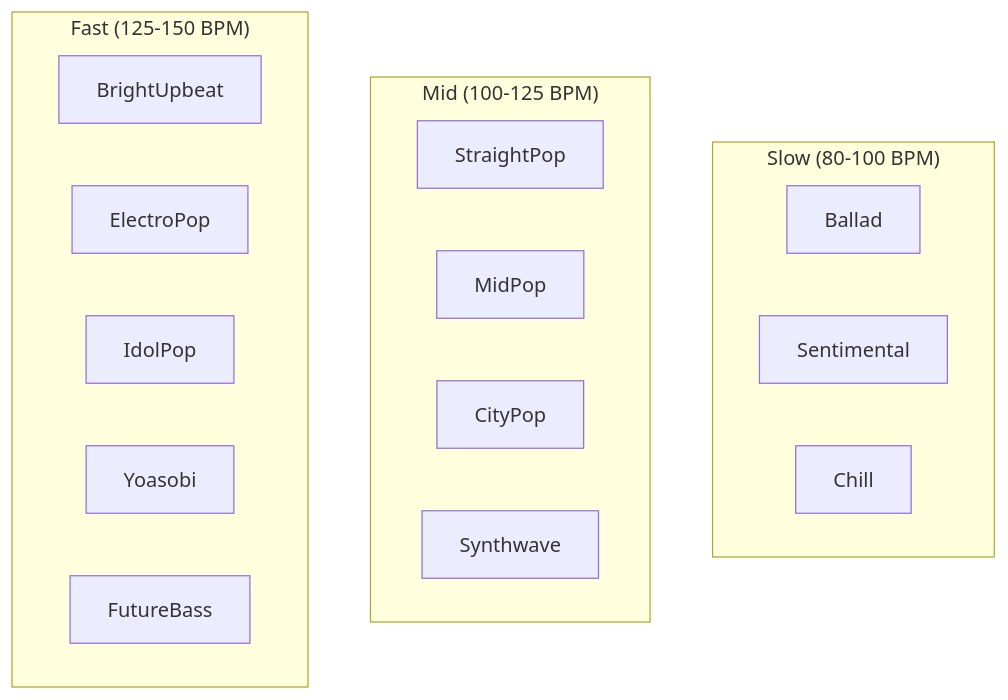
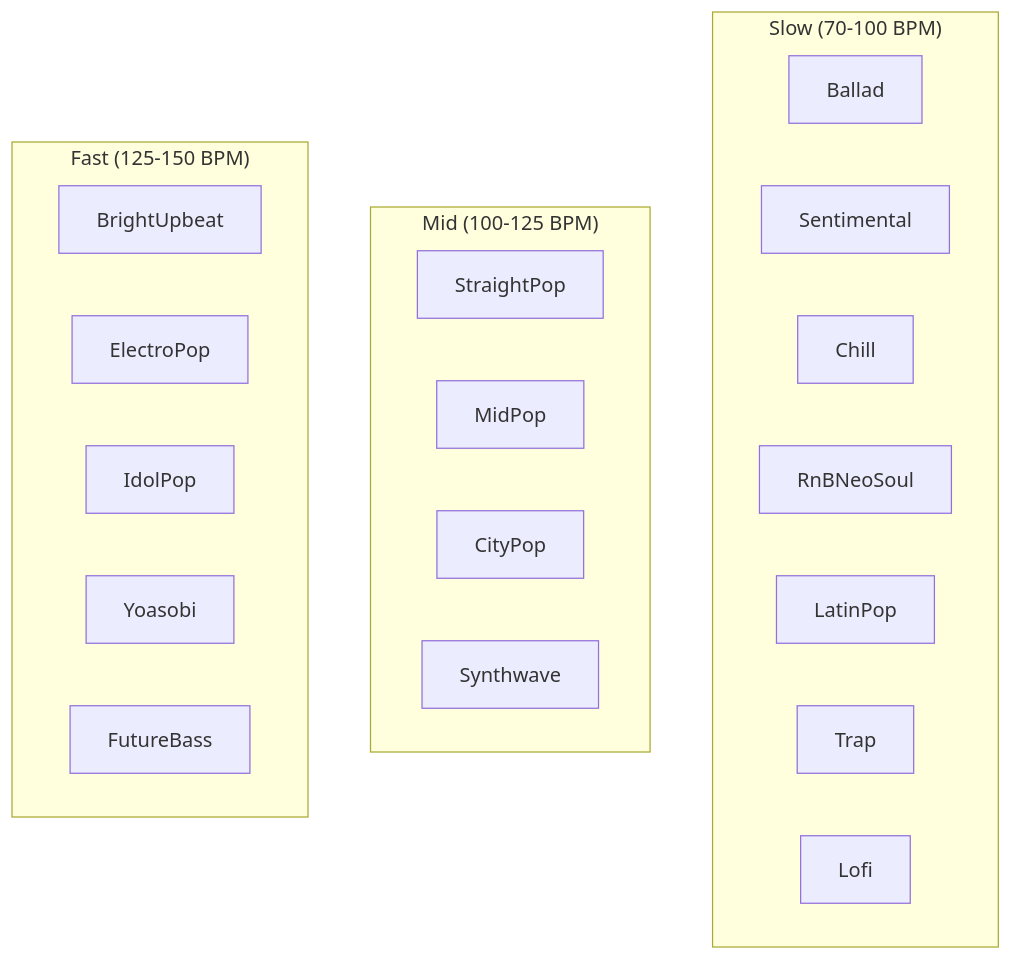
One commit to libraz/midi-sketch-homepage changed the second of 6 diagrams in src/docs/presets.md. Above: the diagram before and after it, drawn with Mermaid. The commit also changed other lines of this file and 24 other files, not shown here.

````diff
--- a/src/docs/presets.md
+++ b/src/docs/presets.md
@@ -85,23 +89,27 @@
 ```mermaid
 flowchart TD
-    subgraph Slow ["Slow (80-100 BPM)"]
+    subgraph Slow ["Slow (70-100 BPM)"]
         S1[Ballad]
         S2[Sentimental]
         S3[Chill]
+        S4[RnBNeoSoul]
+        S5[LatinPop]
+        S6[Trap]
+        S7[Lofi]
     end
 
     subgraph Mid ["Mid (100-125 BPM)"]
         M1[StraightPop]
         M2[MidPop]
         M3[CityPop]
         M4[Synthwave]
     end
 
     subgraph Fast ["Fast (125-150 BPM)"]
         F1[BrightUpbeat]
         F2[ElectroPop]
         F3[IdolPop]
         F4[Yoasobi]
         F5[FutureBass]
     end
 ```
````
